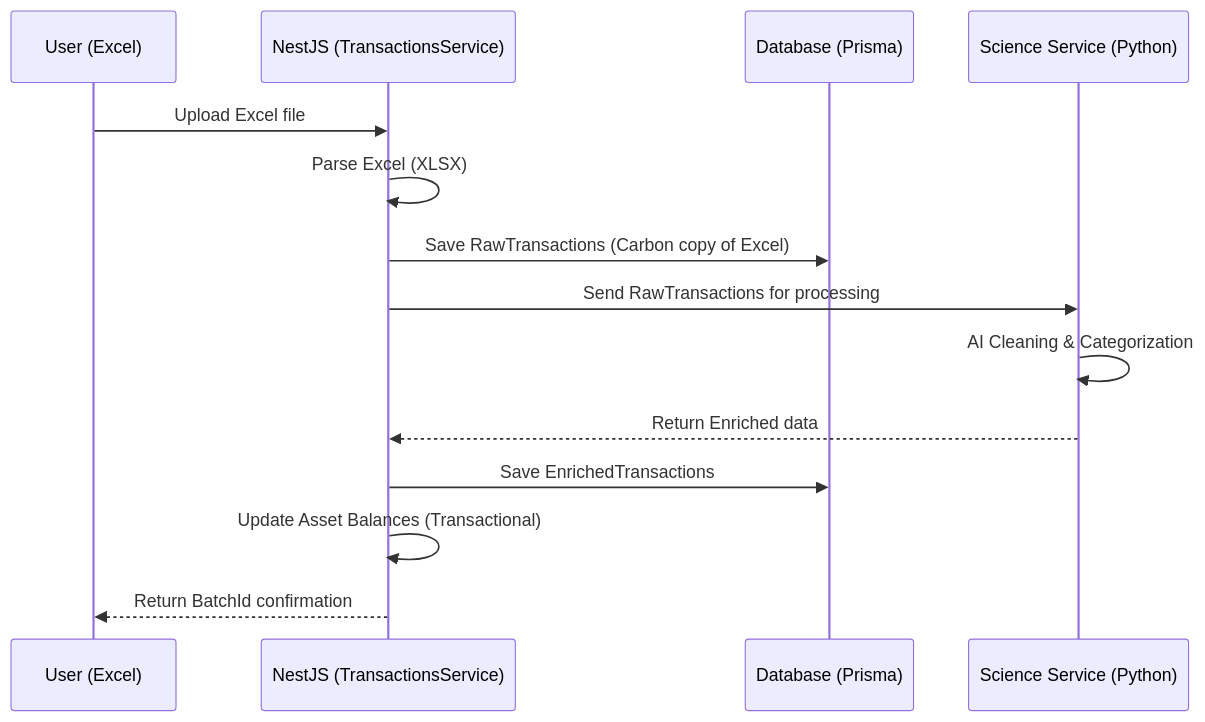
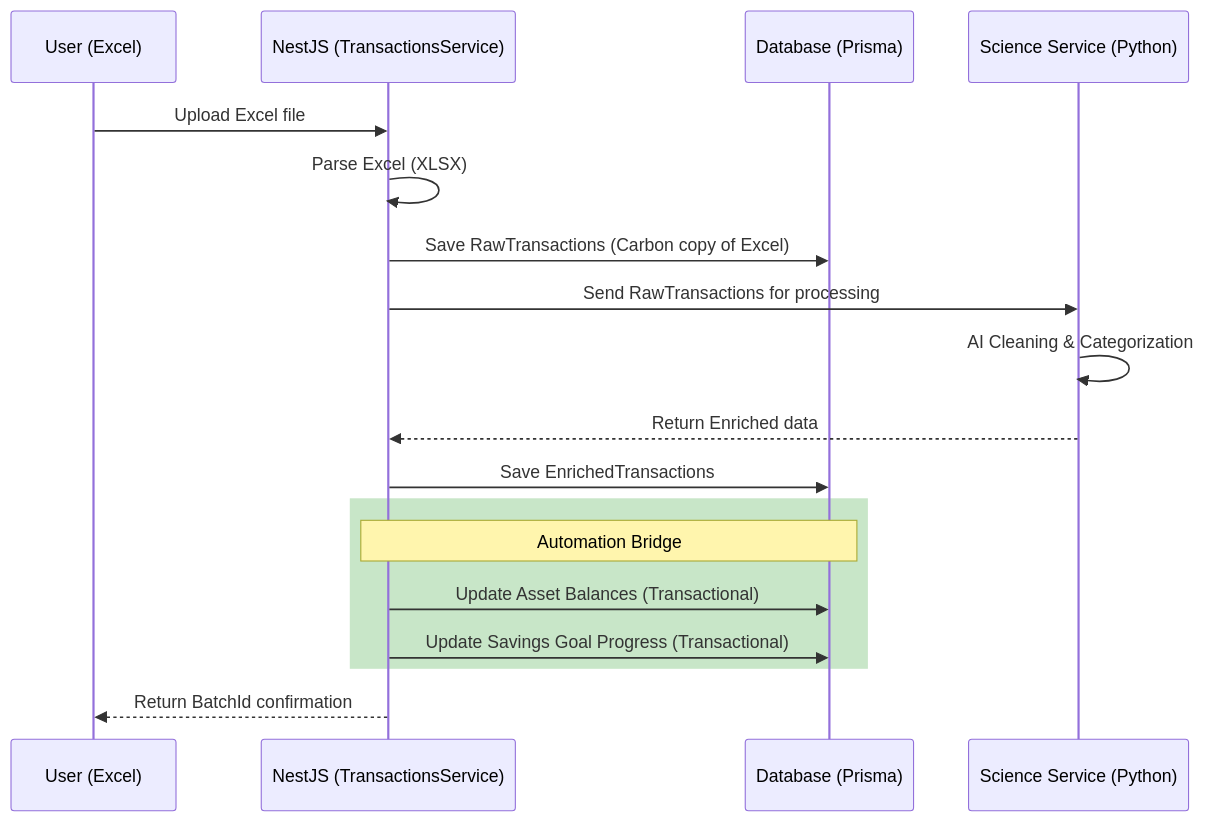
Before and after one commit to fabogit/finances-dashboard: the second of 2 diagrams in fn_architecture.md, drawn with Mermaid. The commit also changed other lines of this file and 9 other files, not shown here.

````diff
--- a/fn_architecture.md
+++ b/fn_architecture.md
@@ -23,17 +23,21 @@
 ```mermaid
 sequenceDiagram
     participant U as User (Excel)
     participant N as NestJS (TransactionsService)
     participant D as Database (Prisma)
     participant S as Science Service (Python)
 
     U->>N: Upload Excel file
     N->>N: Parse Excel (XLSX)
     N->>D: Save RawTransactions (Carbon copy of Excel)
     N->>S: Send RawTransactions for processing
     S->>S: AI Cleaning & Categorization
     S-->>N: Return Enriched data
     N->>D: Save EnrichedTransactions
-    N->>N: Update Asset Balances (Transactional)
+    rect rgb(200, 230, 200)
+    Note over N,D: Automation Bridge
+    N->>D: Update Asset Balances (Transactional)
+    N->>D: Update Savings Goal Progress (Transactional)
+    end
     N-->>U: Return BatchId confirmation
 ```
````
